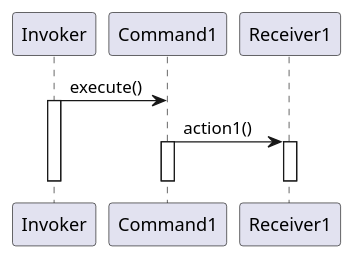
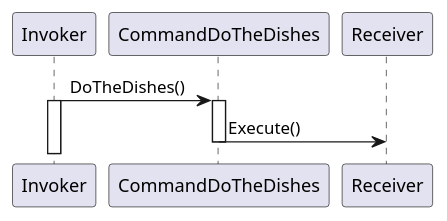
One commit to eengstroem/CommandPattern_SWD changed the diagram in ProgressBarSequence.wsd. Above: the diagram before and after it, drawn with PlantUML.

Commit message:
Add files via upload
Done with sequence diagram (maybe)

```diff
--- a/ProgressBarSequence.wsd
+++ b/ProgressBarSequence.wsd
@@ -1,16 +1,15 @@
 @startuml Sequence Diagram
 participant Invoker
-participant Command1
-participant Receiver1
+participant CommandDoTheDishes
+participant Receiver
 
-Invoker -> Command1 : execute()
+
+Invoker -> CommandDoTheDishes : DoTheDishes()
 activate Invoker
-Command1 -> Receiver1 : action1()
-activate Command1
-activate Receiver1
+activate CommandDoTheDishes
+CommandDoTheDishes -> Receiver : Execute()
+deactivate CommandDoTheDishes
+deactivate Receiver
 
-deactivate Invoker
-deactivate Command1
-deactivate Receiver1
 
 @enduml
```
